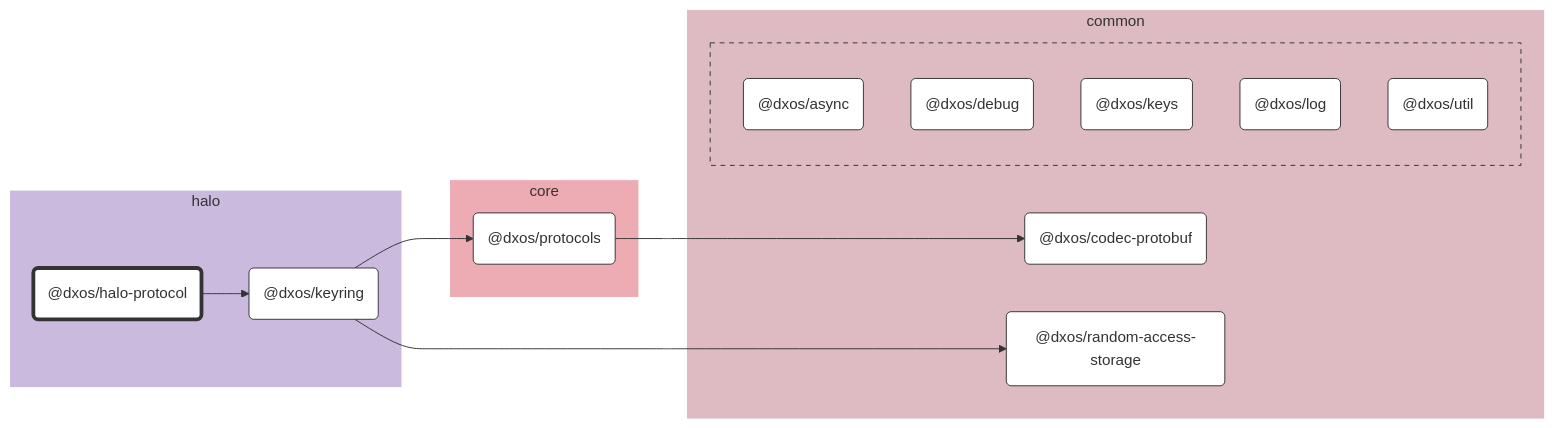
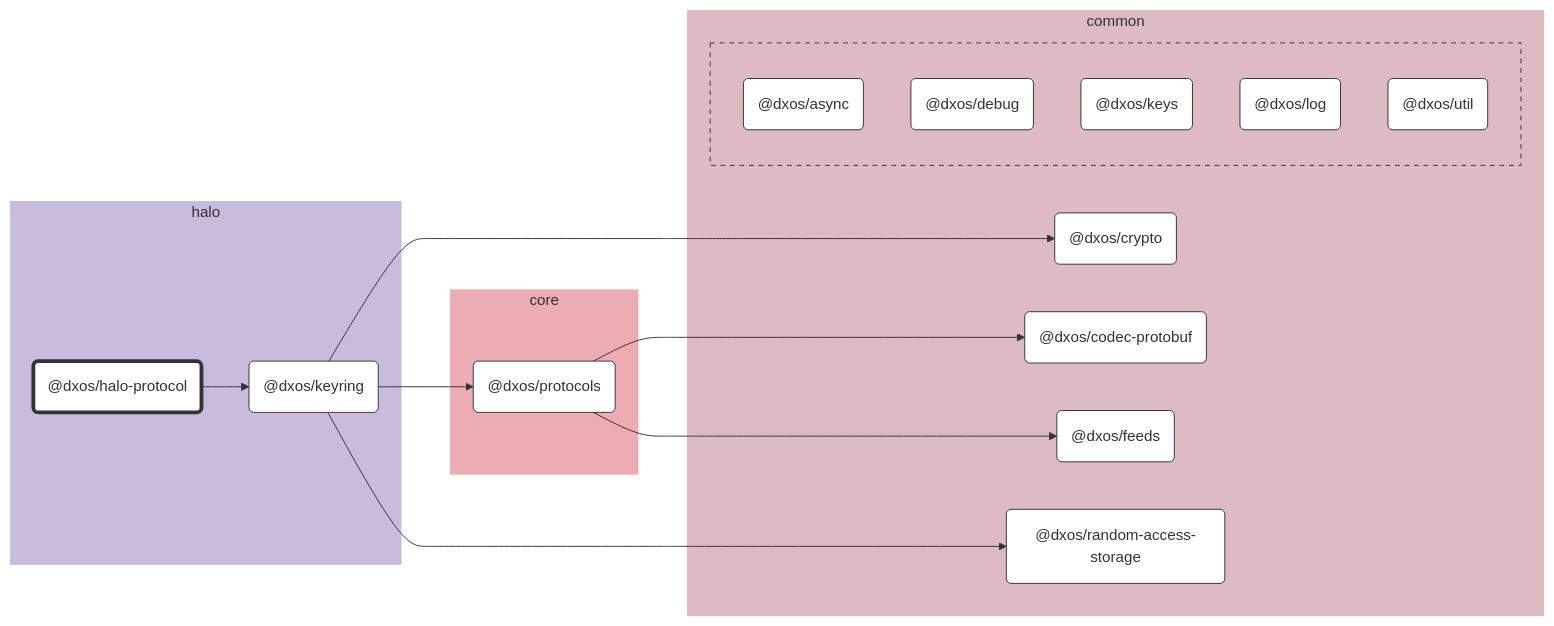
The diagram in packages/core/halo/halo-protocol/docs/README.md (dxos/dxos), drawn with Mermaid before and after one commit. The commit also changed other lines of this file and 64 other files, not shown here.

````diff
--- a/packages/core/halo/halo-protocol/docs/README.md
+++ b/packages/core/halo/halo-protocol/docs/README.md
@@ -7,54 +7,60 @@
 ```mermaid
 %%{ init: {'flowchart':{'curve':'basis'}} }%%
 
 flowchart LR
 
 %% Classes
 classDef def fill:#fff,stroke:#333,stroke-width:1px
 classDef root fill:#fff,stroke:#333,stroke-width:4px
 
 %% Nodes
 
 subgraph halo [halo]
   style halo fill:#cabade,stroke:#fff
   dxos/halo-protocol("@dxos/halo-protocol"):::root
   click dxos/halo-protocol "dxos/dxos/tree/main/packages/core/halo/halo-protocol/docs"
   dxos/keyring("@dxos/keyring"):::def
   click dxos/keyring "dxos/dxos/tree/main/packages/core/halo/keyring/docs"
 end
 
 subgraph common [common]
   style common fill:#debac2,stroke:#fff
   dxos/codec-protobuf("@dxos/codec-protobuf"):::def
   click dxos/codec-protobuf "dxos/dxos/tree/main/packages/common/codec-protobuf/docs"
+  dxos/crypto("@dxos/crypto"):::def
+  click dxos/crypto "dxos/dxos/tree/main/packages/common/crypto/docs"
+  dxos/feeds("@dxos/feeds"):::def
+  click dxos/feeds "dxos/dxos/tree/main/packages/common/feeds/docs"
   dxos/random-access-storage("@dxos/random-access-storage"):::def
   click dxos/random-access-storage "dxos/dxos/tree/main/packages/common/random-access-storage/docs"
 
   subgraph common-excluded [ ]
     style common-excluded fill:#debac2,stroke:#333,stroke-dasharray:5 5
     dxos/async("@dxos/async"):::def
     click dxos/async "dxos/dxos/tree/main/packages/common/async/docs"
     dxos/debug("@dxos/debug"):::def
     click dxos/debug "dxos/dxos/tree/main/packages/common/debug/docs"
     dxos/keys("@dxos/keys"):::def
     click dxos/keys "dxos/dxos/tree/main/packages/common/keys/docs"
     dxos/log("@dxos/log"):::def
     click dxos/log "dxos/dxos/tree/main/packages/common/log/docs"
     dxos/util("@dxos/util"):::def
     click dxos/util "dxos/dxos/tree/main/packages/common/util/docs"
   end
 end
 
 subgraph core [core]
   style core fill:#edabb3,stroke:#fff
   dxos/protocols("@dxos/protocols"):::def
   click dxos/protocols "dxos/dxos/tree/main/packages/core/protocols/docs"
 end
 
 %% Links
 linkStyle default stroke:#333,stroke-width:1px
 dxos/halo-protocol --> dxos/keyring
+dxos/keyring --> dxos/crypto
 dxos/keyring --> dxos/protocols
 dxos/protocols --> dxos/codec-protobuf
+dxos/protocols --> dxos/feeds
 dxos/keyring --> dxos/random-access-storage
 ```
````
